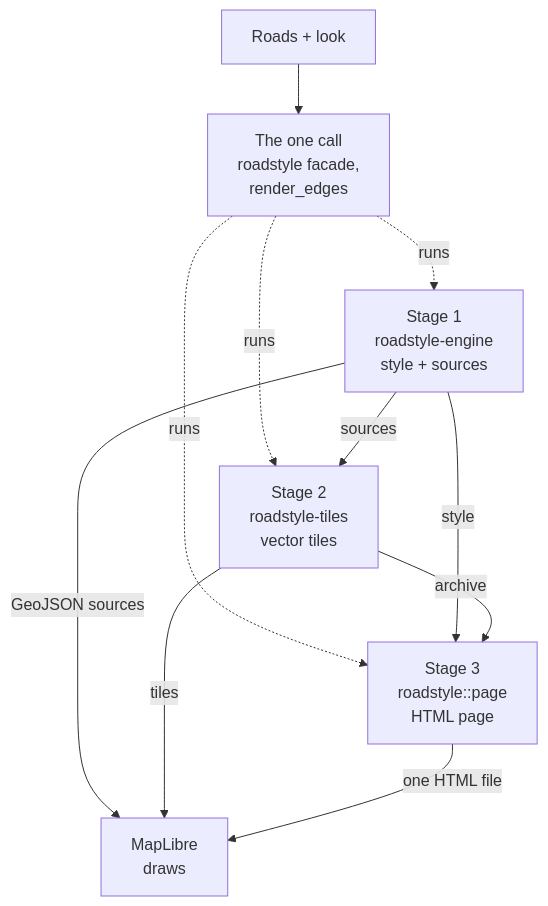
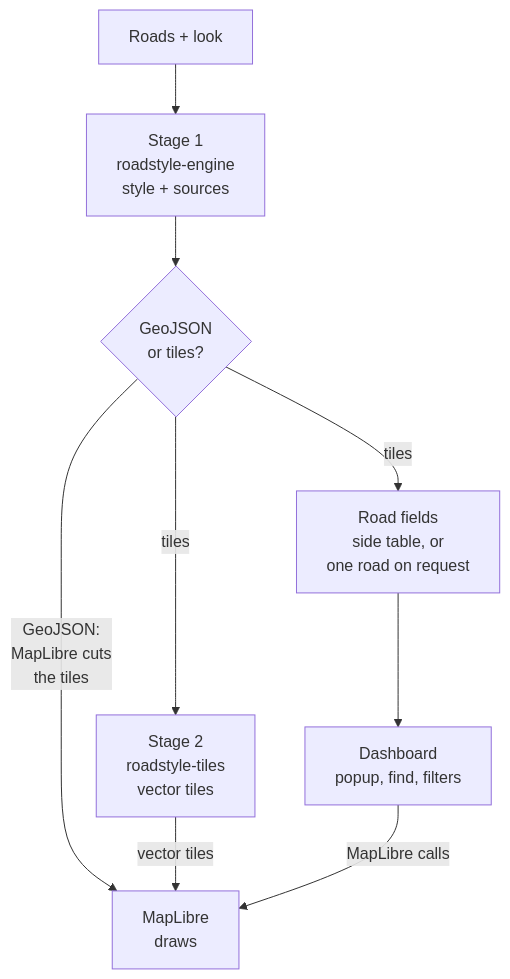
Before and after one commit to Khoshkhah/roadstyle: the third of 6 diagrams in docs/rust/architecture.md, drawn with Mermaid. The commit also changed other lines of this file, not shown here.

Commit message:
docs: the stages diagram shows a choice: GeoJSON or tiles
The diagram had arrows from both the GeoJSON sources and the tiles into
MapLibre, so it looked as if a page uses both. Now a choice: GeoJSON
(MapLibre cuts the tiles) or vector tiles (stage 2), with the road
fields as a separate input for the dashboard. A table gives, for ways
A, B and C, which fields are in the tiles and how the dashboard gets
them (side table, the tiles, or engine.props). On Tartu the 26 road
fields make the 9 tiles of one zoom-12 view 17.9 MB in place of
16.2 MB (measured on 2026-10-23).

````diff
--- a/docs/rust/architecture.md
+++ b/docs/rust/architecture.md
@@ -232,19 +232,18 @@
 ```mermaid
 flowchart TB
     inp["Roads + look"]
-    facade["The one call<br/>roadstyle facade,<br/>render_edges"]
     s1["Stage 1<br/>roadstyle-engine<br/>style + sources"]
+    pick{"GeoJSON<br/>or tiles?"}
     s2["Stage 2<br/>roadstyle-tiles<br/>vector tiles"]
-    s3["Stage 3<br/>roadstyle::page<br/>HTML page"]
+    side["Road fields<br/>side table, or<br/>one road on request"]
+    dash["Dashboard<br/>popup, find, filters"]
     ml["MapLibre<br/>draws"]
-    inp --> facade
-    facade -.->|"runs"| s1
-    facade -.->|"runs"| s2
-    facade -.->|"runs"| s3
-    s1 -->|"sources"| s2
-    s1 -->|"style"| s3
-    s2 -->|"archive"| s3
-    s1 -->|"GeoJSON sources"| ml
-    s2 -->|"tiles"| ml
-    s3 -->|"one HTML file"| ml
+    inp --> s1
+    s1 --> pick
+    pick -->|"GeoJSON:<br/>MapLibre cuts<br/>the tiles"| ml
+    pick -->|"tiles"| s2
+    pick -->|"tiles"| side
+    s2 -->|"vector tiles"| ml
+    side --> dash
+    dash -->|"MapLibre calls"| ml
 ```
````
